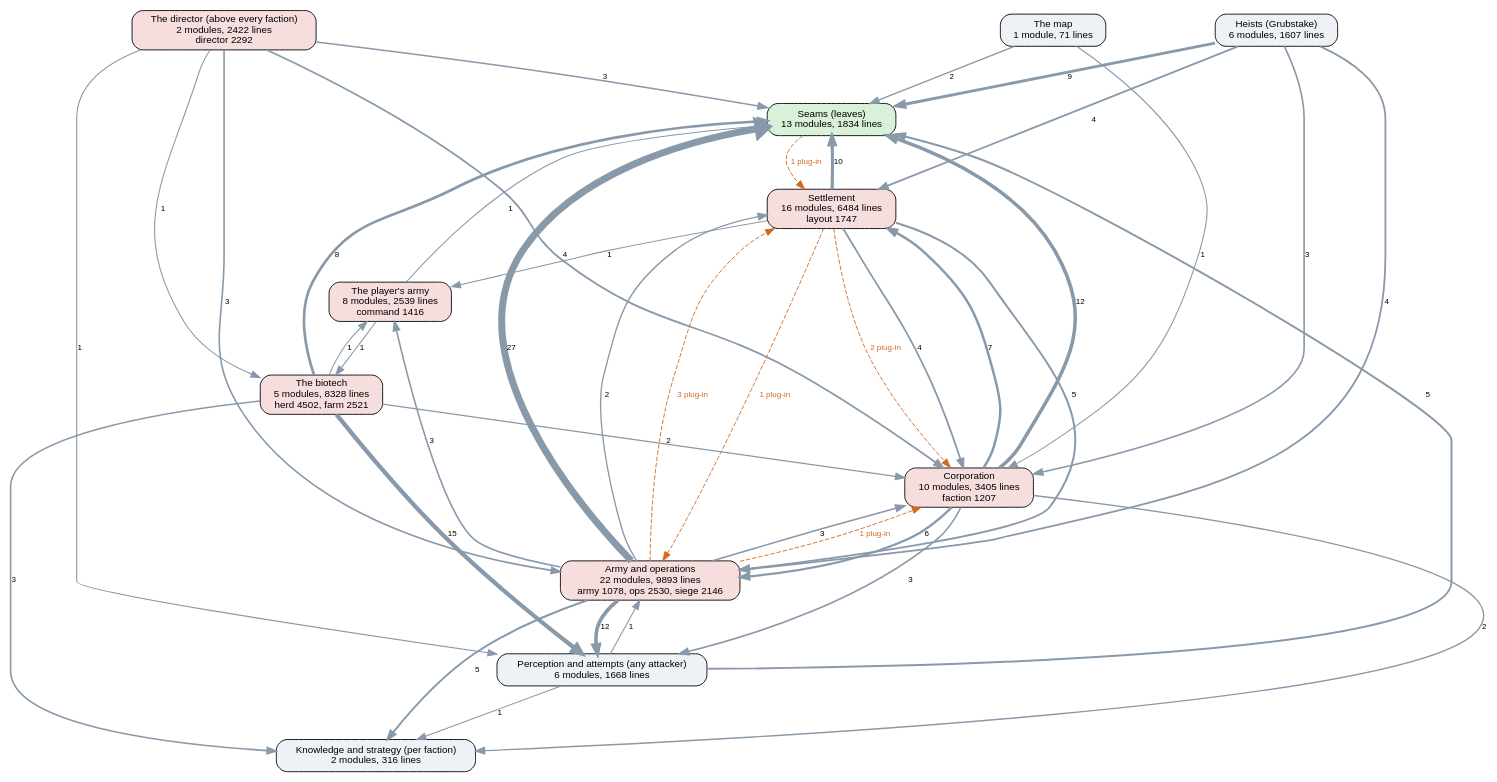
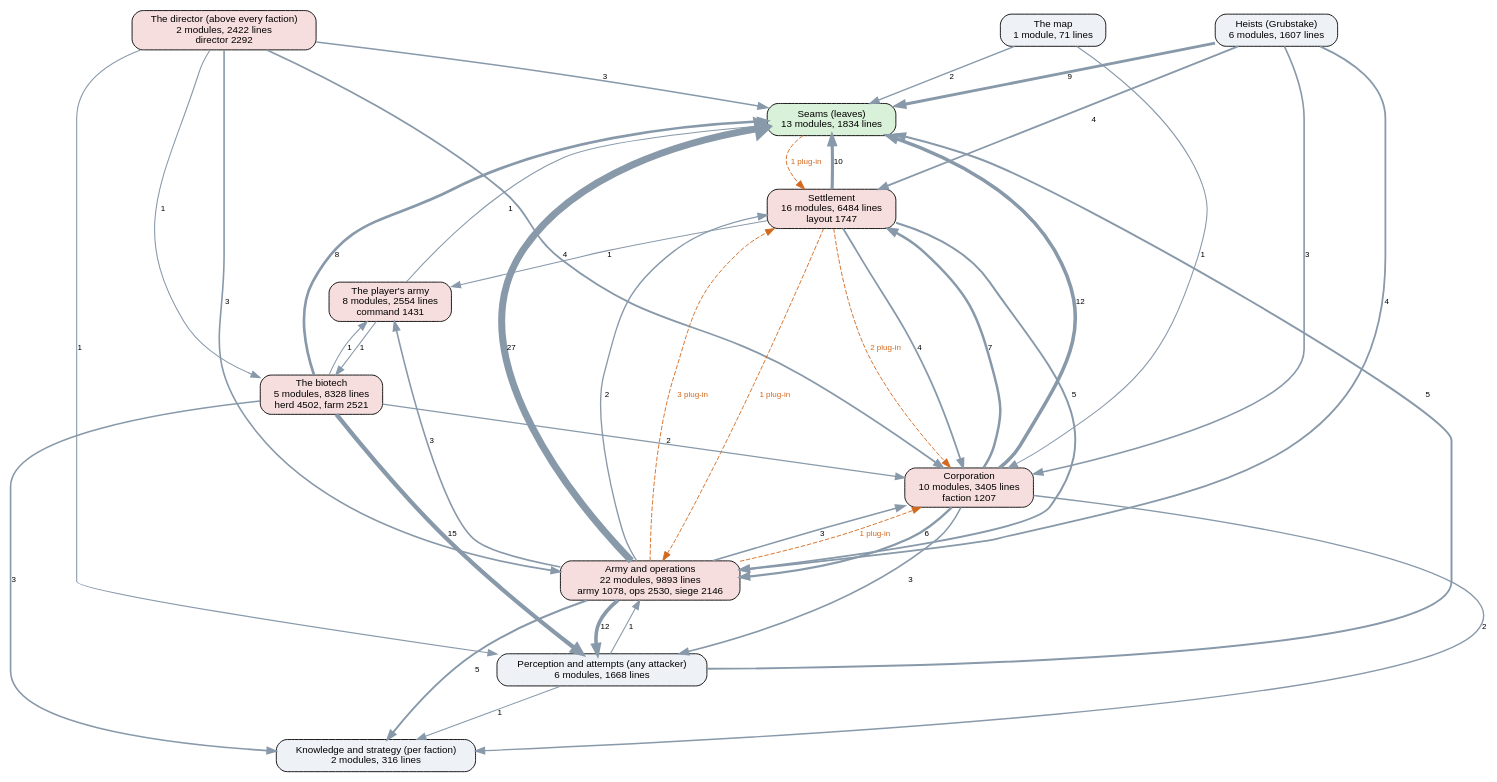
The diagram in docs/ai-layers.dot (kinelhu/landing-party), drawn with Graphviz before and after one commit. The commit also changed 15 other files, not shown here.

```diff
--- a/docs/ai-layers.dot
+++ b/docs/ai-layers.dot
@@ -1,57 +1,57 @@
 digraph layers {
   graph [rankdir=TB, fontname="Helvetica", nodesep=0.5, ranksep=0.7];
   node [shape=box, style="rounded,filled", fontname="Helvetica", fontsize=11, fillcolor="#eef2f7"];
   edge [color="#8899aa", fontname="Helvetica", fontsize=9];
   "Seams (leaves)" [label="Seams (leaves)\n13 modules, 1834 lines", fillcolor="#d9f0d9"];
   "Perception and attempts (any attacker)" [label="Perception and attempts (any attacker)\n6 modules, 1668 lines", fillcolor="#eef2f7"];
   "Knowledge and strategy (per faction)" [label="Knowledge and strategy (per faction)\n2 modules, 316 lines", fillcolor="#eef2f7"];
   "The director (above every faction)" [label="The director (above every faction)\n2 modules, 2422 lines\ndirector 2292", fillcolor="#f7dede"];
   "Corporation" [label="Corporation\n10 modules, 3405 lines\nfaction 1207", fillcolor="#f7dede"];
   "Settlement" [label="Settlement\n16 modules, 6484 lines\nlayout 1747", fillcolor="#f7dede"];
   "Army and operations" [label="Army and operations\n22 modules, 9893 lines\narmy 1078, ops 2530, siege 2146", fillcolor="#f7dede"];
   "Heists (Grubstake)" [label="Heists (Grubstake)\n6 modules, 1607 lines", fillcolor="#eef2f7"];
   "The biotech" [label="The biotech\n5 modules, 8328 lines\nherd 4502, farm 2521", fillcolor="#f7dede"];
   "The map" [label="The map\n1 module, 71 lines", fillcolor="#eef2f7"];
-  "The player's army" [label="The player's army\n8 modules, 2539 lines\ncommand 1416", fillcolor="#f7dede"];
+  "The player's army" [label="The player's army\n8 modules, 2554 lines\ncommand 1431", fillcolor="#f7dede"];
   "Army and operations" -> "Corporation" [label="3", penwidth=1.8];
   "Army and operations" -> "Knowledge and strategy (per faction)" [label="5", penwidth=2.2];
   "Army and operations" -> "Perception and attempts (any attacker)" [label="12", penwidth=4.0];
   "Army and operations" -> "Seams (leaves)" [label="27", penwidth=7.8];
   "Army and operations" -> "Settlement" [label="2", penwidth=1.5];
   "Army and operations" -> "The player's army" [label="3", penwidth=1.8];
   "Corporation" -> "Army and operations" [label="6", penwidth=2.5];
   "Corporation" -> "Knowledge and strategy (per faction)" [label="2", penwidth=1.5];
   "Corporation" -> "Perception and attempts (any attacker)" [label="3", penwidth=1.8];
   "Corporation" -> "Seams (leaves)" [label="12", penwidth=4.0];
   "Corporation" -> "Settlement" [label="7", penwidth=2.8];
   "Heists (Grubstake)" -> "Army and operations" [label="4", penwidth=2.0];
   "Heists (Grubstake)" -> "Corporation" [label="3", penwidth=1.8];
   "Heists (Grubstake)" -> "Seams (leaves)" [label="9", penwidth=3.2];
   "Heists (Grubstake)" -> "Settlement" [label="4", penwidth=2.0];
   "Perception and attempts (any attacker)" -> "Army and operations" [label="1", penwidth=1.2];
   "Perception and attempts (any attacker)" -> "Knowledge and strategy (per faction)" [label="1", penwidth=1.2];
   "Perception and attempts (any attacker)" -> "Seams (leaves)" [label="5", penwidth=2.2];
   "Settlement" -> "Army and operations" [label="5", penwidth=2.2];
   "Settlement" -> "Corporation" [label="4", penwidth=2.0];
   "Settlement" -> "Seams (leaves)" [label="10", penwidth=3.5];
   "Settlement" -> "The player's army" [label="1", penwidth=1.2];
   "The biotech" -> "Corporation" [label="2", penwidth=1.5];
   "The biotech" -> "Knowledge and strategy (per faction)" [label="3", penwidth=1.8];
   "The biotech" -> "Perception and attempts (any attacker)" [label="15", penwidth=4.8];
   "The biotech" -> "Seams (leaves)" [label="8", penwidth=3.0];
   "The biotech" -> "The player's army" [label="1", penwidth=1.2];
   "The director (above every faction)" -> "Army and operations" [label="3", penwidth=1.8];
   "The director (above every faction)" -> "Corporation" [label="4", penwidth=2.0];
   "The director (above every faction)" -> "Perception and attempts (any attacker)" [label="1", penwidth=1.2];
   "The director (above every faction)" -> "Seams (leaves)" [label="3", penwidth=1.8];
   "The director (above every faction)" -> "The biotech" [label="1", penwidth=1.2];
   "The map" -> "Corporation" [label="1", penwidth=1.2];
   "The map" -> "Seams (leaves)" [label="2", penwidth=1.5];
   "The player's army" -> "Seams (leaves)" [label="1", penwidth=1.2];
   "The player's army" -> "The biotech" [label="1", penwidth=1.2];
   "Army and operations" -> "Corporation" [style=dashed, color="#d2691e", fontcolor="#d2691e", label="1 plug-in"];
   "Army and operations" -> "Settlement" [style=dashed, color="#d2691e", fontcolor="#d2691e", label="3 plug-in"];
   "Seams (leaves)" -> "Settlement" [style=dashed, color="#d2691e", fontcolor="#d2691e", label="1 plug-in"];
   "Settlement" -> "Army and operations" [style=dashed, color="#d2691e", fontcolor="#d2691e", label="1 plug-in"];
   "Settlement" -> "Corporation" [style=dashed, color="#d2691e", fontcolor="#d2691e", label="2 plug-in"];
 }
```
